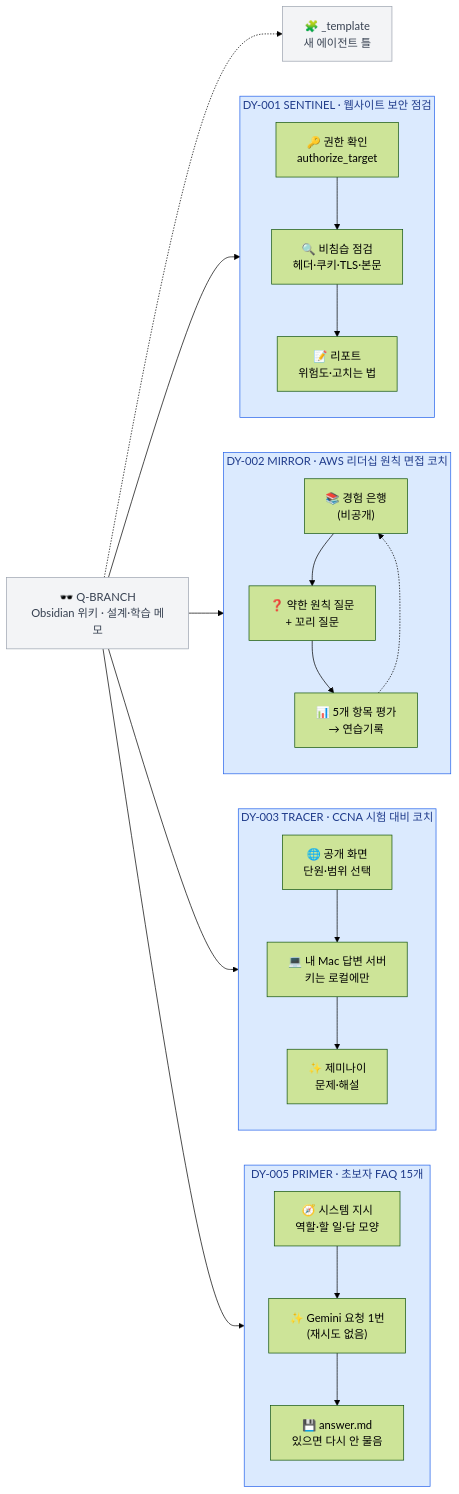
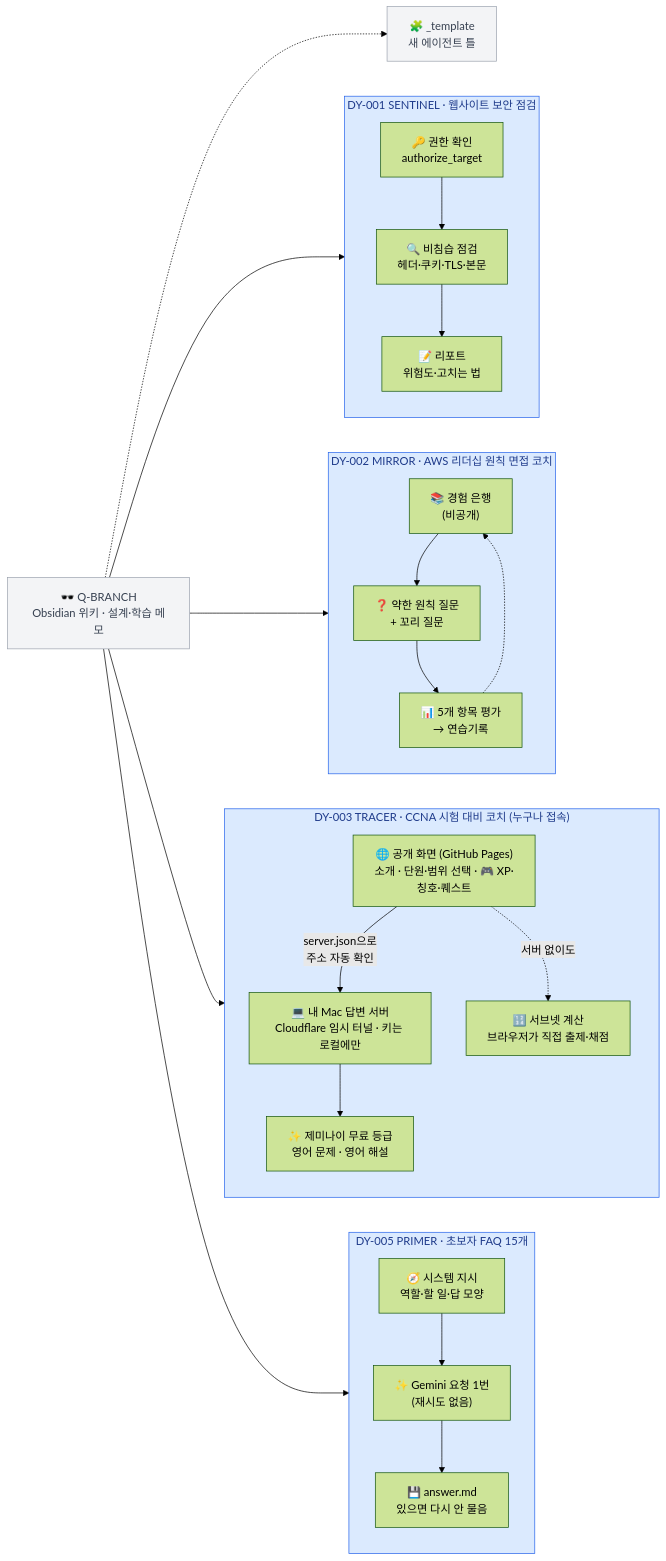
One commit to DODO-YONG/Obsidian changed the diagram in README.md. Above: the diagram before and after it, drawn with Mermaid (forest theme). The commit also changed other lines of this file and 3 other files, not shown here.

````diff
--- a/README.md
+++ b/README.md
@@ -12,42 +12,43 @@
 ```mermaid
 flowchart LR
   W["🕶️ Q-BRANCH<br/>Obsidian 위키 · 설계·학습 메모"]
   T["🧩 _template<br/>새 에이전트 틀"]
   W -.-> T
 
   subgraph SA["DY-001 SENTINEL · 웹사이트 보안 점검"]
     direction TB
     SA1["🔑 권한 확인<br/>authorize_target"] --> SA2["🔍 비침습 점검<br/>헤더·쿠키·TLS·본문"]
     SA2 --> SA3["📝 리포트<br/>위험도·고치는 법"]
   end
   W --> SA
 
   subgraph IC["DY-002 MIRROR · AWS 리더십 원칙 면접 코치"]
     direction TB
     IC1["📚 경험 은행<br/>(비공개)"] --> IC2["❓ 약한 원칙 질문<br/>+ 꼬리 질문"]
     IC2 --> IC3["📊 5개 항목 평가<br/>→ 연습기록"]
     IC3 -.-> IC1
   end
   W --> IC
 
-  subgraph CC["DY-003 TRACER · CCNA 시험 대비 코치"]
+  subgraph CC["DY-003 TRACER · CCNA 시험 대비 코치 (누구나 접속)"]
     direction TB
-    CC1["🌐 공개 화면<br/>단원·범위 선택"] --> CC2["💻 내 Mac 답변 서버<br/>키는 로컬에만"]
-    CC2 --> CC3["✨ 제미나이<br/>문제·해설"]
+    CC1["🌐 공개 화면 (GitHub Pages)<br/>소개 · 단원·범위 선택 · 🎮 XP·칭호·퀘스트"] -->|"server.json으로<br/>주소 자동 확인"| CC2["💻 내 Mac 답변 서버<br/>Cloudflare 임시 터널 · 키는 로컬에만"]
+    CC2 --> CC3["✨ 제미나이 무료 등급<br/>영어 문제 · 영어 해설"]
+    CC1 -.->|"서버 없이도"| CC4["🔢 서브넷 계산<br/>브라우저가 직접 출제·채점"]
   end
   W --> CC
 
   subgraph BF["DY-005 PRIMER · 초보자 FAQ 15개"]
     direction TB
     BF1["🧭 시스템 지시<br/>역할·할 일·답 모양"] --> BF2["✨ Gemini 요청 1번<br/>(재시도 없음)"]
     BF2 --> BF3["💾 answer.md<br/>있으면 다시 안 물음"]
   end
   W --> BF
 
   classDef base fill:#f3f4f6,stroke:#9ca3af,color:#374151
   class W,T base
   style SA fill:#dbeafe,stroke:#2563eb,color:#1e3a8a
   style IC fill:#dbeafe,stroke:#2563eb,color:#1e3a8a
   style CC fill:#dbeafe,stroke:#2563eb,color:#1e3a8a
   style BF fill:#dbeafe,stroke:#2563eb,color:#1e3a8a
 ```
````
